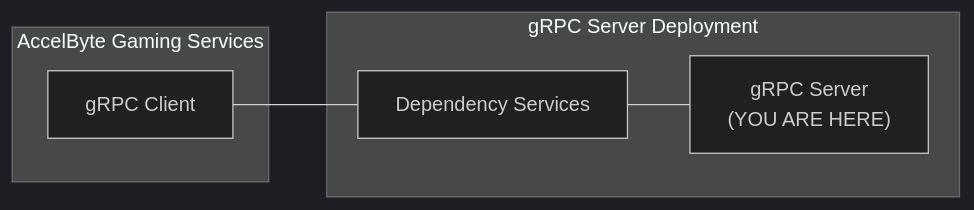
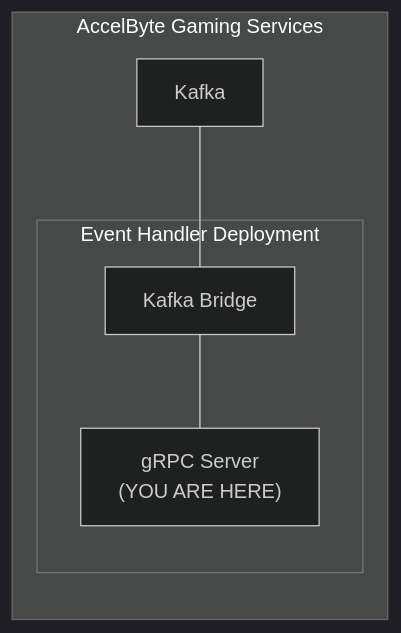
Before and after one commit to AccelByte/extend-event-handler-python: the diagram in README.md, drawn with Mermaid (dark theme). The commit also changed other lines of this file and 5 other files, not shown here.

````diff
--- a/README.md
+++ b/README.md
@@ -3,12 +3,13 @@
 ```mermaid
 flowchart LR
    subgraph AccelByte Gaming Services
-   CL[gRPC Client]
-   end
-   subgraph gRPC Server Deployment
-   SV["gRPC Server\n(YOU ARE HERE)"]
-   DS[Dependency Services]
-   CL --- DS
-   end
-   DS --- SV
+   KF[Kafka]
+   subgraph Event Handler Deployment
+   KB[Kafka Bridge]   
+   SV["gRPC Server\n(YOU ARE HERE)"]   
+   end   
+   KB --- SV
+   KF --- KB
+   end   
+   
 ```
````
